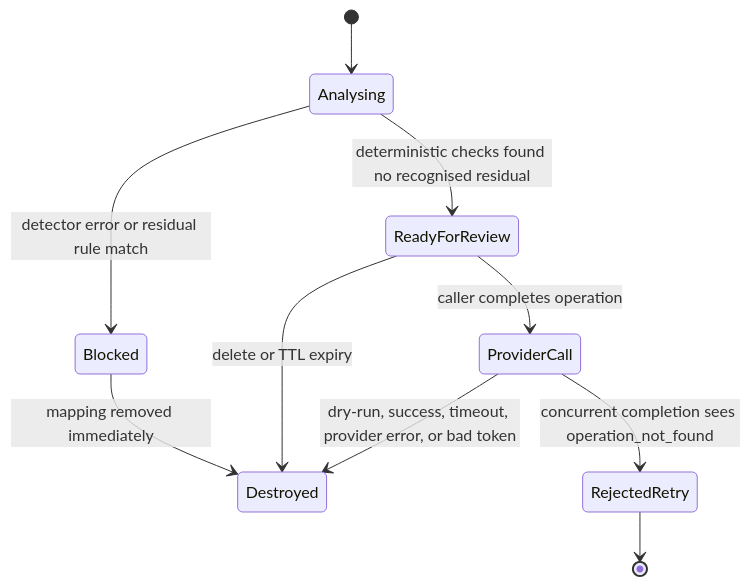
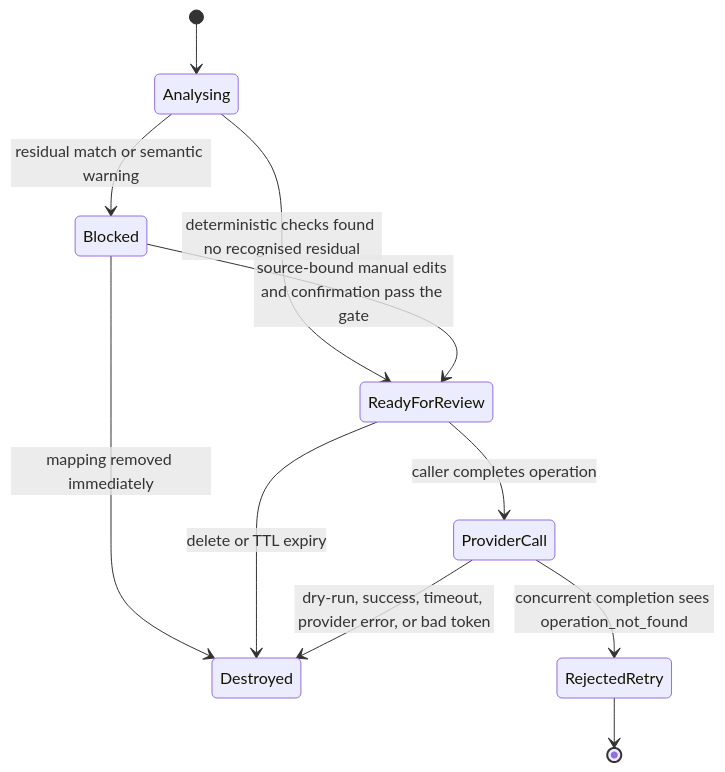
One commit to AI-Danil/pii-airlock changed the diagram in docs/architecture.md. Above: the diagram before and after it, drawn with Mermaid. The commit also changed other lines of this file and 43 other files, not shown here.

````diff
--- a/docs/architecture.md
+++ b/docs/architecture.md
@@ -21,12 +24,13 @@
 ```mermaid
 stateDiagram-v2
     [*] --> Analysing
-    Analysing --> Blocked: detector error or residual rule match
+    Analysing --> Blocked: residual match or semantic warning
     Analysing --> ReadyForReview: deterministic checks found no recognised residual
+    Blocked --> ReadyForReview: source-bound manual edits and confirmation pass the gate
     Blocked --> Destroyed: mapping removed immediately
     ReadyForReview --> Destroyed: delete or TTL expiry
     ReadyForReview --> ProviderCall: caller completes operation
     ProviderCall --> RejectedRetry: concurrent completion sees operation_not_found
     ProviderCall --> Destroyed: dry-run, success, timeout, provider error, or bad token
     RejectedRetry --> [*]
 ```
````
